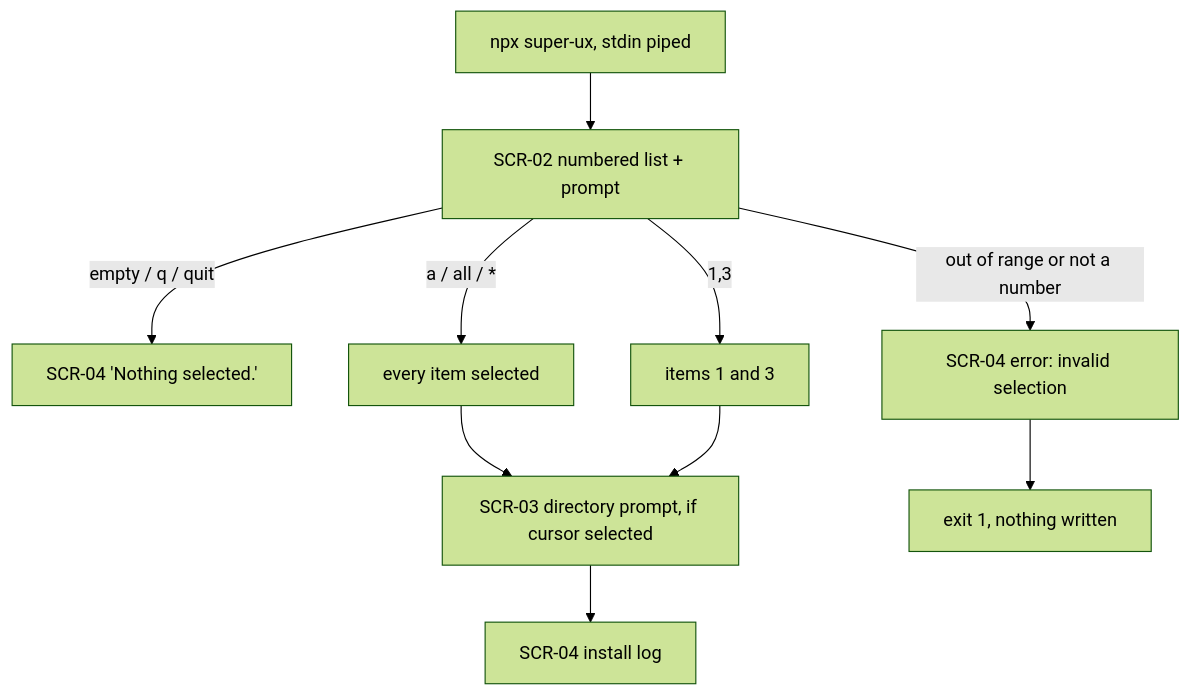
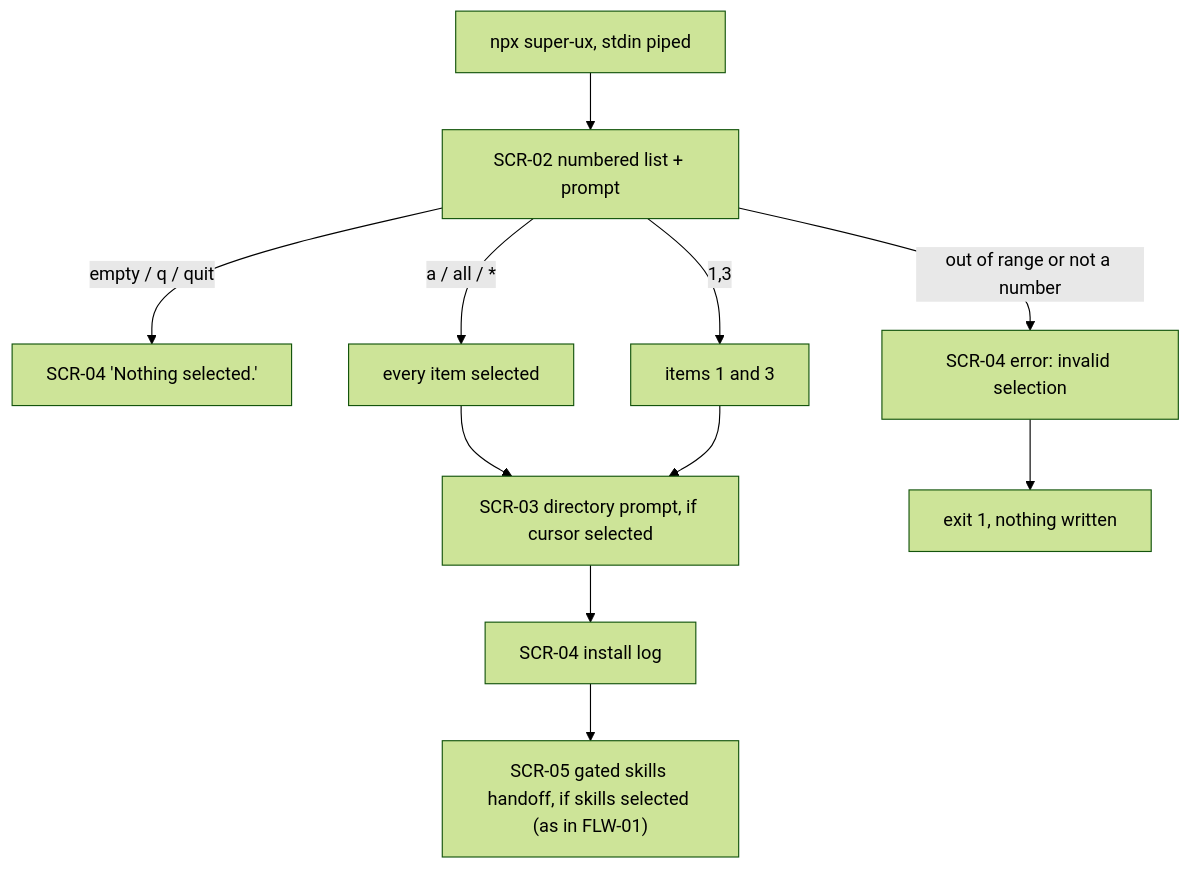
The second of 4 diagrams in docs/ux/flows.md (ssheleg/super-ux), drawn with Mermaid (forest theme) before and after one commit. The commit also changed other lines of this file and 10 other files, not shown here.

````diff
--- a/docs/ux/flows.md
+++ b/docs/ux/flows.md
@@ -62,12 +70,13 @@
 ```mermaid
 flowchart TD
     A[npx super-ux, stdin piped] --> L[SCR-02 numbered list + prompt]
     L -- "empty / q / quit" --> N["SCR-04 'Nothing selected.'"]
     L -- "a / all / *" --> ALL[every item selected]
     L -- "1,3" --> SEL[items 1 and 3]
     L -- out of range or not a number --> E["SCR-04 error: invalid selection"]
     ALL --> D
     SEL --> D[SCR-03 directory prompt, if cursor selected]
     D --> R[SCR-04 install log]
+    R --> K["SCR-05 gated skills handoff, if skills selected (as in FLW-01)"]
     E --> X[exit 1, nothing written]
 ```
````
